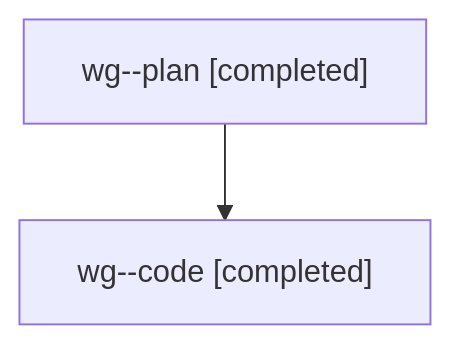
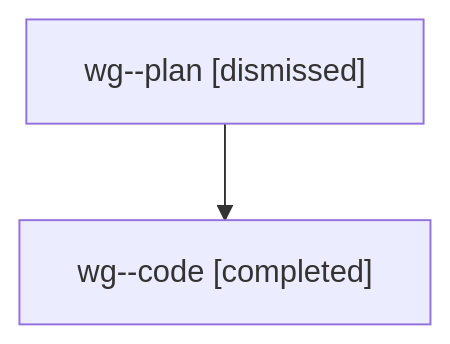
The diagram in families/bbugyi200.athena.wg.md (sase-org/sase--agents), drawn with Mermaid before and after one commit. The commit also changed other lines of this file and 1497 other files, not shown here.

````diff
--- a/families/bbugyi200.athena.wg.md
+++ b/families/bbugyi200.athena.wg.md
@@ -9,6 +9,6 @@
 ```mermaid
 flowchart TD
-  n0["wg--plan [completed]"]
+  n0["wg--plan [dismissed]"]
   n1["wg--code [completed]"]
   n0 --> n1
 ```
````
